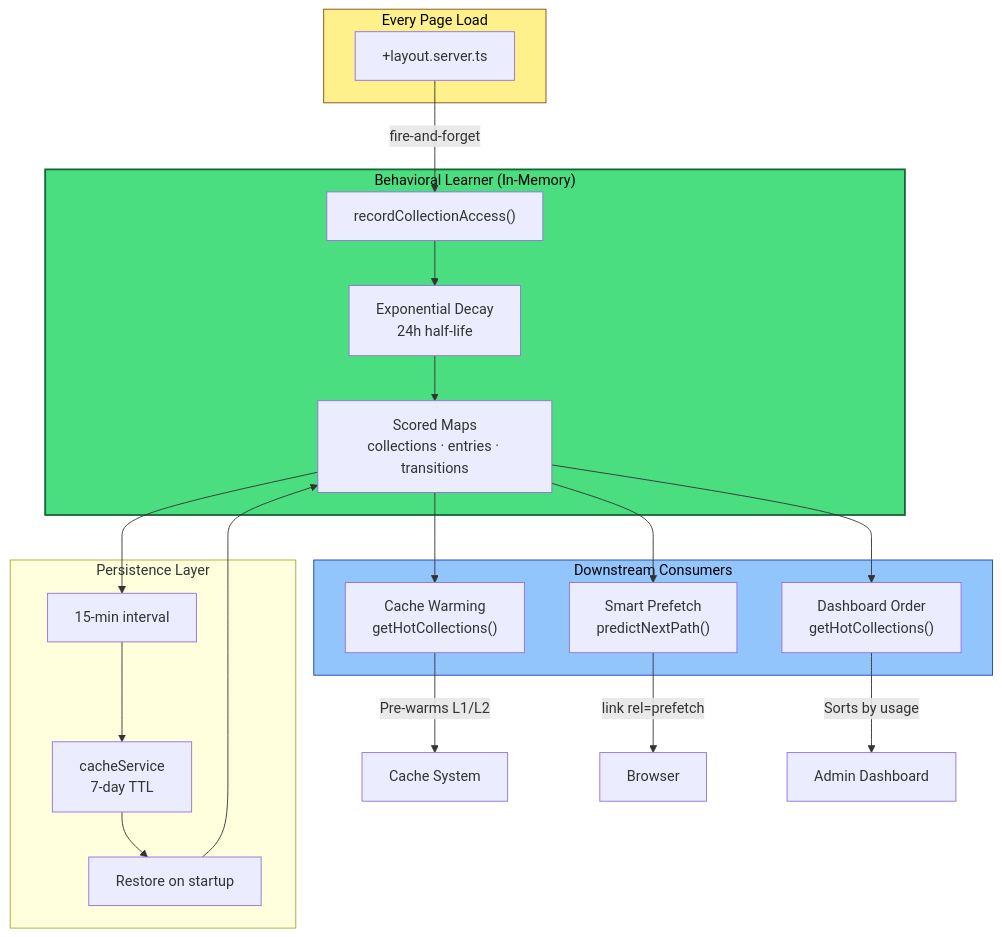
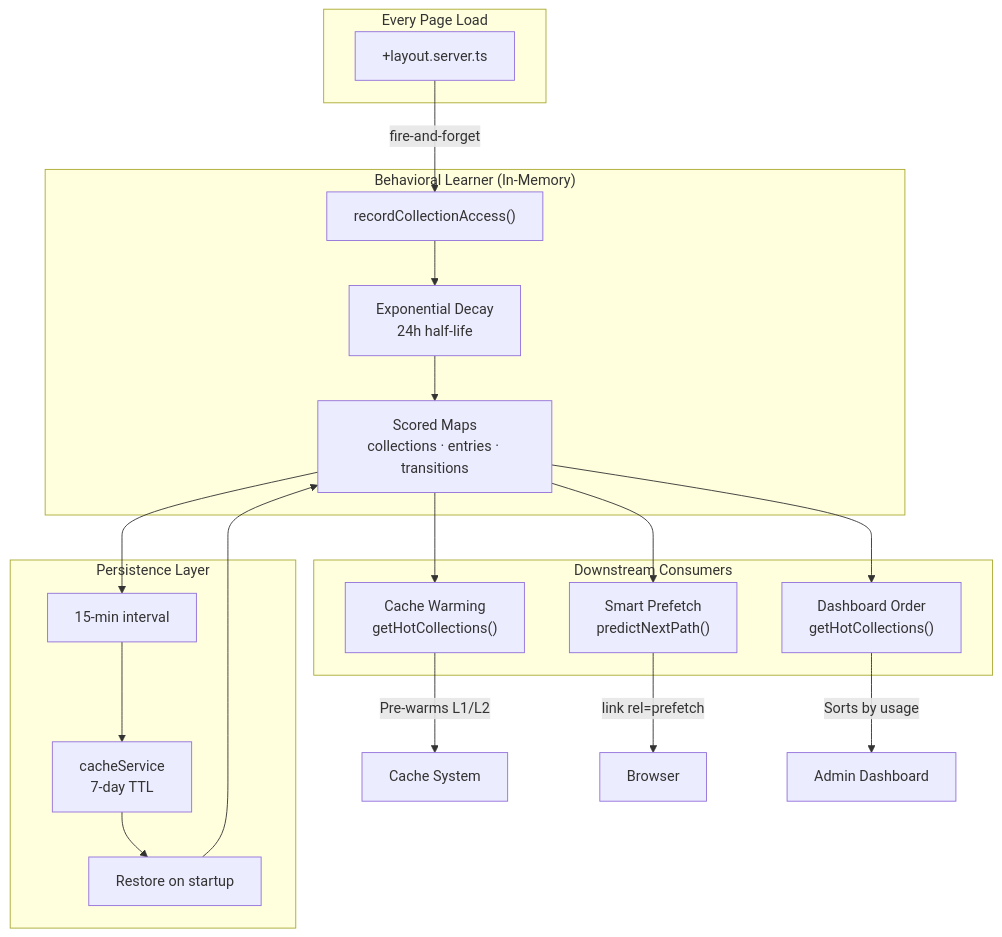
Before and after one commit to SveltyCMS/SveltyCMS: the first of 3 diagrams in docs/architecture/behavioral-learning.mdx, drawn with Mermaid. The commit also changed other lines of this file and 148 other files, not shown here.

````diff
--- a/docs/architecture/behavioral-learning.mdx
+++ b/docs/architecture/behavioral-learning.mdx
@@ -24,44 +24,42 @@
 ```mermaid
 flowchart TD
     subgraph Request["Every Page Load"]
         LAYOUT["+layout.server.ts"]
     end
 
     subgraph Learner["Behavioral Learner (In-Memory)"]
         RECORD["recordCollectionAccess()"]
         DECAY["Exponential Decay<br/>24h half-life"]
         SCORE["Scored Maps<br/>collections · entries · transitions"]
     end
 
     subgraph Persist["Persistence Layer"]
         TIMER["15-min interval"]
         CACHE["cacheService<br/>7-day TTL"]
         RESTORE["Restore on startup"]
     end
 
     subgraph Consumers["Downstream Consumers"]
         WARM["Cache Warming<br/>getHotCollections()"]
         PREFETCH["Smart Prefetch<br/>predictNextPath()"]
         DASH["Dashboard Order<br/>getHotCollections()"]
     end
 
     LAYOUT -->|"fire-and-forget"| RECORD
     RECORD --> DECAY
     DECAY --> SCORE
     SCORE --> TIMER
     TIMER --> CACHE
     CACHE --> RESTORE
     RESTORE --> SCORE
 
     SCORE --> WARM
     SCORE --> PREFETCH
     SCORE --> DASH
 
     WARM -->|"Pre-warms L1/L2"| CACHE_SVC["Cache System"]
     PREFETCH -->|"link rel=prefetch"| UI["Browser"]
     DASH -->|"Sorts by usage"| ADMIN["Admin Dashboard"]
 
-    style Learner fill:#4ade80,stroke:#166534,stroke-width:2px,color:#000
-    style Request fill:#fef08a,stroke:#854d0e,color:#000
-    style Consumers fill:#93c5fd,stroke:#1e40af,color:#000
+
 ```
````
